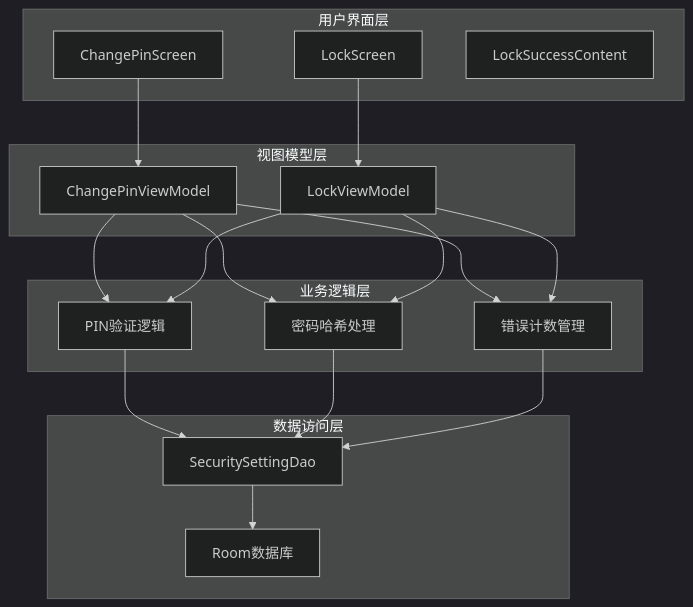
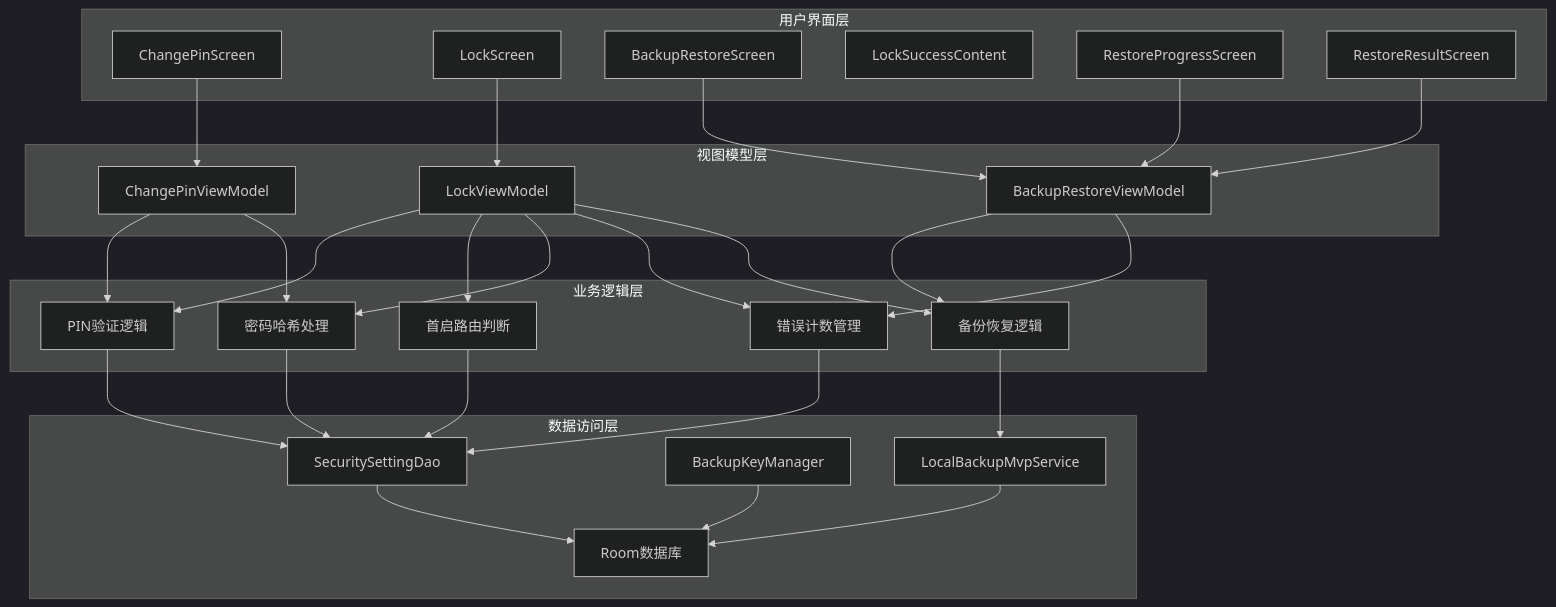
One commit to wanhongbo/ai-photo-vault changed the third of 12 diagrams in .qoder/repowiki/zh/content/核心功能模块/安全解锁系统/PIN管理界面.md. Above: the diagram before and after it, drawn with Mermaid (dark theme). The commit also changed other lines of this file and 22 other files, not shown here.

````diff
--- a/.qoder/repowiki/zh/content/核心功能模块/安全解锁系统/PIN管理界面.md
+++ b/.qoder/repowiki/zh/content/核心功能模块/安全解锁系统/PIN管理界面.md
@@ -138,33 +175,51 @@
 ```mermaid
 graph TB
 subgraph "用户界面层"
 UI1[ChangePinScreen]
 UI2[LockScreen]
-UI3[LockSuccessContent]
+UI3[BackupRestoreScreen]
+UI4[LockSuccessContent]
+UI5[RestoreProgressScreen]
+UI6[RestoreResultScreen]
 end
 subgraph "视图模型层"
 VM1[ChangePinViewModel]
 VM2[LockViewModel]
+VM3[BackupRestoreViewModel]
 end
 subgraph "业务逻辑层"
 BL1[PIN验证逻辑]
 BL2[密码哈希处理]
 BL3[错误计数管理]
+BL4[备份恢复逻辑]
+BL5[首启路由判断]
 end
 subgraph "数据访问层"
 DA1[SecuritySettingDao]
 DA2[Room数据库]
+DA3[BackupKeyManager]
+DA4[LocalBackupMvpService]
 end
 UI1 --> VM1
 UI2 --> VM2
+UI3 --> VM3
+UI5 --> VM3
+UI6 --> VM3
 VM1 --> BL1
 VM2 --> BL1
+VM3 --> BL4
+VM2 --> BL5
 VM1 --> BL2
 VM2 --> BL2
-VM1 --> BL3
+VM3 --> BL3
 VM2 --> BL3
+VM2 --> BL4
 BL1 --> DA1
 BL2 --> DA1
 BL3 --> DA1
+BL4 --> DA4
+BL5 --> DA1
 DA1 --> DA2
+DA3 --> DA2
+DA4 --> DA2
 ```
````
